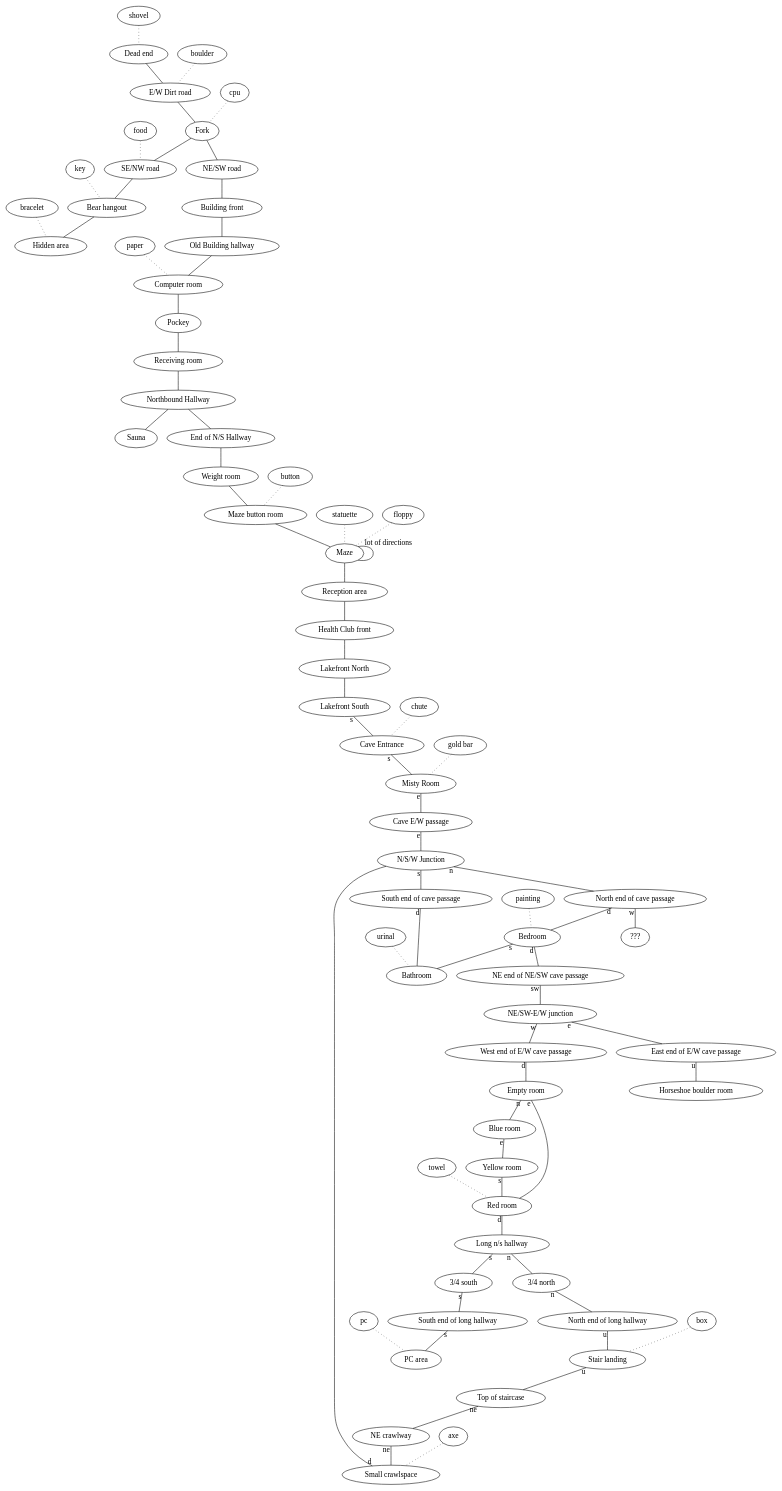
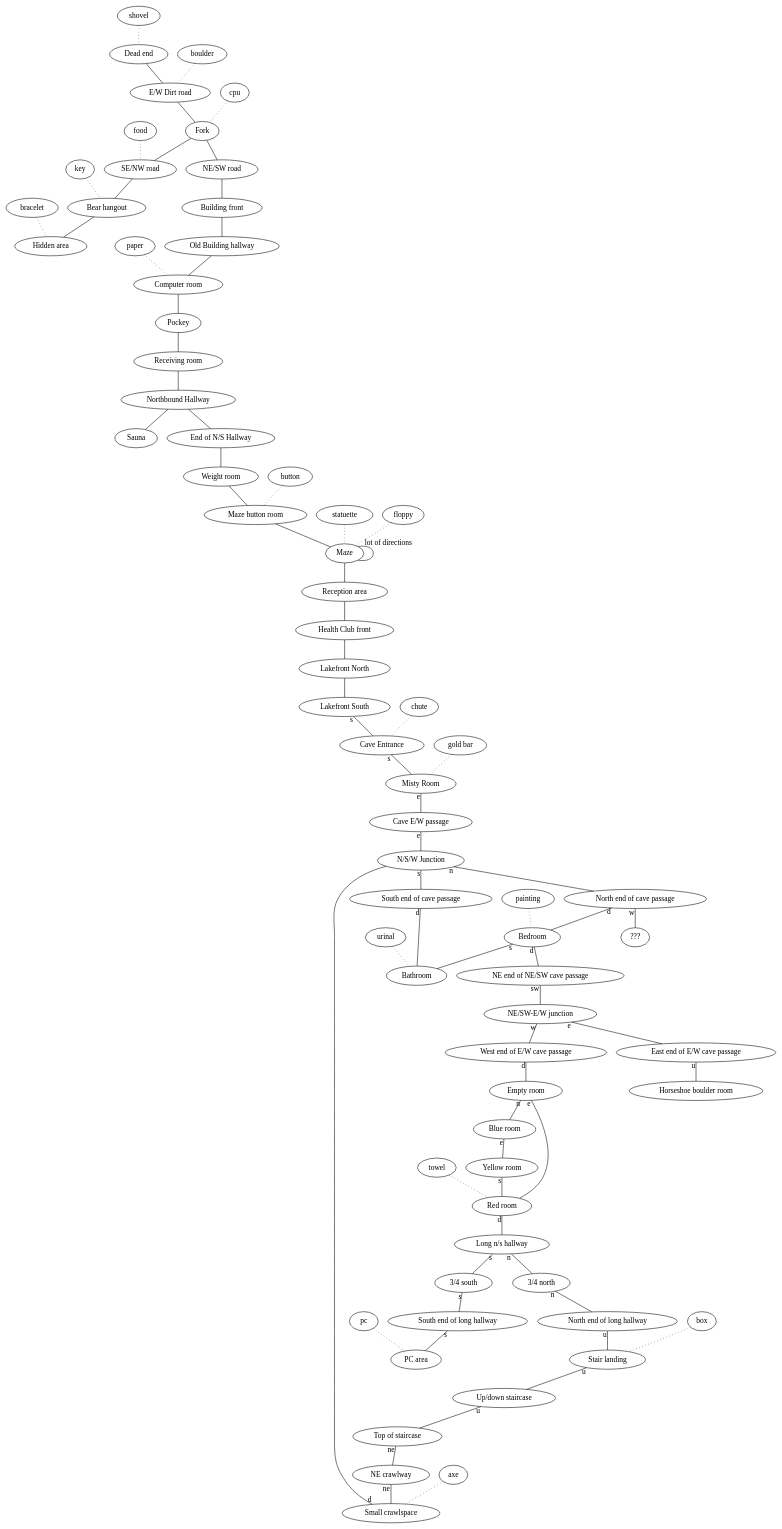
Before and after one commit to alvarogonzalezsotillo/.emacs.d: the diagram in dunnet.org, drawn with Graphviz. The commit also changed other lines of this file and 1 other file, not shown here.

```diff
--- a/dunnet.org
+++ b/dunnet.org
@@ -2,79 +2,80 @@
 #+BEGIN_SRC dot :file ./dunnet.svg :exports results :cmd dot :cmdline -Tsvg
 digraph{
 
   edge[arrowhead="none"]
 
   "shovel" -> "Dead end" [style="dotted"]
   "Dead end" -> "E/W Dirt road"
   "boulder" -> "E/W Dirt road" [style="dotted"]
   "E/W Dirt road" -> "Fork"
   "cpu" -> "Fork" [style="dotted"]
   "Fork" -> "SE/NW road"
   "food" -> "SE/NW road" [style="dotted"]
   "SE/NW road" -> "Bear hangout"
   "key" -> "Bear hangout" [style="dotted"]
   "Bear hangout" -> "Hidden area"
   "bracelet" -> "Hidden area" [style="dotted"]
   "Fork" -> "NE/SW road"
   "NE/SW road" -> "Building front"
   "Building front" -> "Old Building hallway"
   "Old Building hallway" -> "Computer room"
   "paper" -> "Computer room" [style="dotted"]
   "Computer room" -> "Pockey"
   "Pockey" -> "Receiving room"
   "Receiving room" -> "Northbound Hallway"
   "Northbound Hallway" -> "Sauna"
   "Northbound Hallway" -> "End of N/S Hallway"
   "End of N/S Hallway" -> "Weight room"
   "Weight room" -> "Maze button room"
   "button" -> "Maze button room" [style="dotted"]
   "Maze button room" -> "Maze"
   "statuette" -> "Maze" [style="dotted"]
   "floppy" -> "Maze" [style="dotted"]
   "Maze" -> "Maze" [taillabel="lot of directions"]
   "Maze" -> "Reception area"
   "Reception area" -> "Health Club front"
   "Health Club front" -> "Lakefront North"
   "Lakefront North" -> "Lakefront South"
   "Lakefront South" -> "Cave Entrance" [taillabel="s"]
   "chute" -> "Cave Entrance" [style="dotted"]
   "Cave Entrance" -> "Misty Room" [taillabel="s"]
   "gold bar" -> "Misty Room" [style="dotted"] 
   "Misty Room" -> "Cave E/W passage" [taillabel="e"]
   "Cave E/W passage" -> "N/S/W Junction" [taillabel="e"]
   "N/S/W Junction" -> "North end of cave passage" [taillabel="n"]
   "N/S/W Junction" -> "South end of cave passage" [taillabel="s"]
   "South end of cave passage" -> "Bathroom" [taillabel="d"]
   "North end of cave passage" -> "Bedroom" [taillabel="d"]
   "North end of cave passage" -> "???" [taillabel="w"]
   "painting" -> "Bedroom" [style="dotted"]
   "Bedroom" -> "NE end of NE/SW cave passage" [taillabel="d"]
   "Bedroom" -> "Bathroom" [taillabel="s"]
   "urinal" -> "Bathroom" [style="dotted"]
   "NE end of NE/SW cave passage" -> "NE/SW-E/W junction" [taillabel="sw"]
   "NE/SW-E/W junction" -> "East end of E/W cave passage" [taillabel="e"]
   "East end of E/W cave passage" -> "Horseshoe boulder room" [taillabel="u"]
   "NE/SW-E/W junction" -> "West end of E/W cave passage" [taillabel="w"]
   "West end of E/W cave passage" -> "Empty room" [taillabel="d"]
   "Empty room" -> "Blue room" [taillabel="n"]
   "Empty room" -> "Red room" [taillabel="e"]
   "Blue room" -> "Yellow room" [taillabel="e"]
   "Yellow room" -> "Red room" [taillabel="s"]
   "towel" -> "Red room" [style="dotted"]
   "Red room" -> "Long n/s hallway" [taillabel="d"]
   "Long n/s hallway" -> "3/4 north" [taillabel="n"]
   "3/4 north" -> "North end of long hallway" [taillabel="n"]
   "North end of long hallway" -> "Stair landing" [taillabel="u"]
   "box" -> "Stair landing" [style="dotted"]
-  "Stair landing" -> "Top of staircase" [taillabel="u"]
+  "Stair landing" -> "Up/down staircase" [taillabel="u"]
+  "Up/down staircase" -> "Top of staircase" [taillabel="u"]
   "Top of staircase" -> "NE crawlway" [taillabel="ne"]
   "NE crawlway" -> "Small crawlspace" [taillabel="ne"]
   "axe" -> "Small crawlspace" [style="dotted"]
   "Small crawlspace" -> "N/S/W Junction" [taillabel="d"]
   "Long n/s hallway" -> "3/4 south" [taillabel="s"]
   "3/4 south" -> "South end of long hallway"[taillabel="s"]
   "South end of long hallway" -> "PC area" [taillabel="s"]  
   "pc" -> "PC area" [style="dotted"]
 }
 
 #+END_SRC
```
